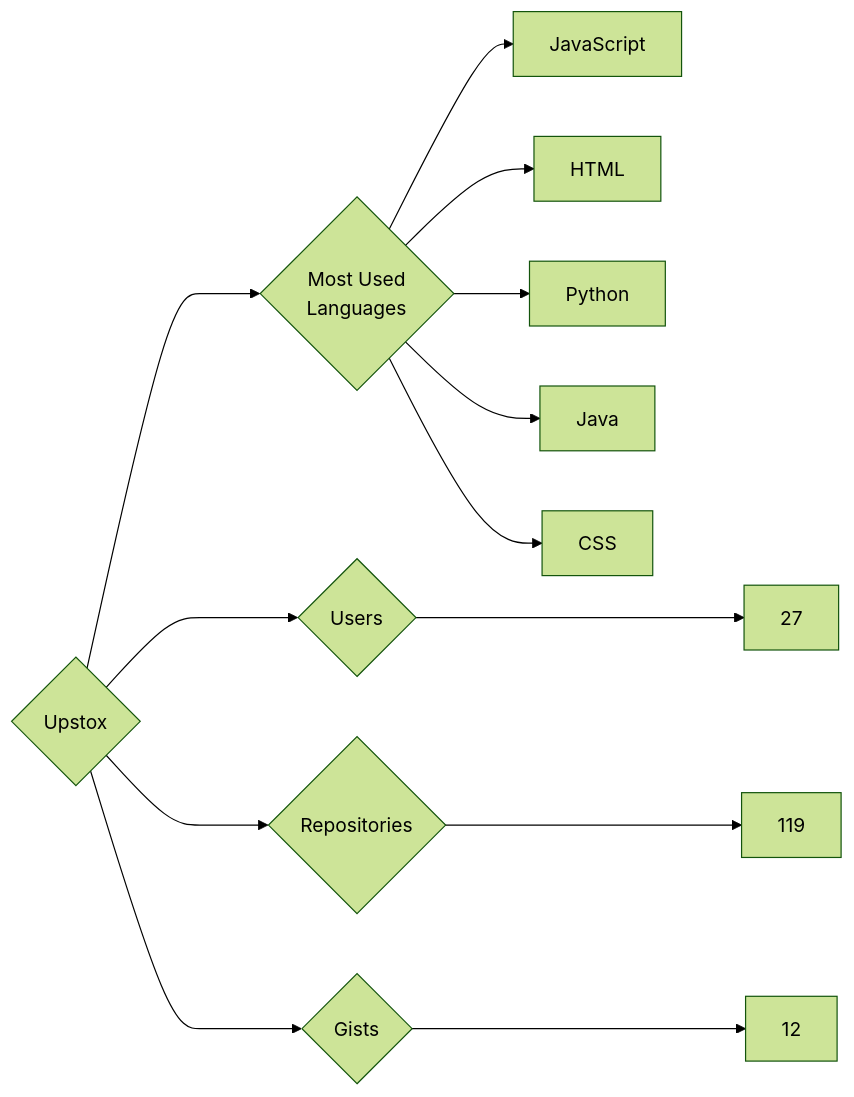
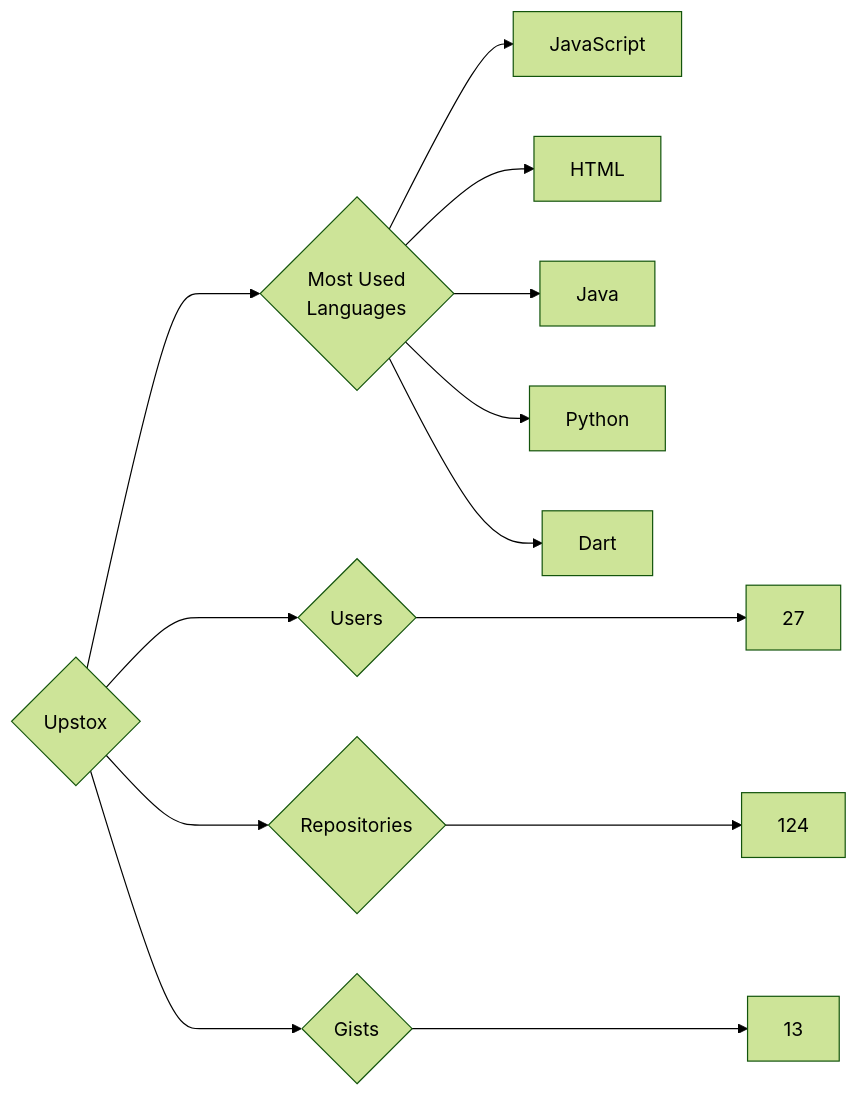
Before and after one commit to trickest/insiders: the diagram in targets/Upstox/README.md, drawn with Mermaid (forest theme). The commit also changed 787 other files, not shown here.

````diff
--- a/targets/Upstox/README.md
+++ b/targets/Upstox/README.md
@@ -3,13 +3,13 @@
 ```mermaid
 graph LR
 COMPANY_NAME{Upstox}
 COMPANY_NAME ---> U{Users} ---> UN[27]
-COMPANY_NAME ---> R{Repositories} ---> RN[119]
-COMPANY_NAME ---> G{Gists} ---> GN[12]
+COMPANY_NAME ---> R{Repositories} ---> RN[124]
+COMPANY_NAME ---> G{Gists} ---> GN[13]
 COMPANY_NAME ---> ML{Most Used<br>Languages}
 ML --> JavaScript[JavaScript]
 ML --> HTML[HTML]
+ML --> Java[Java]
 ML --> Python[Python]
-ML --> Java[Java]
-ML --> CSS[CSS]
+ML --> Dart[Dart]
 ```
````
